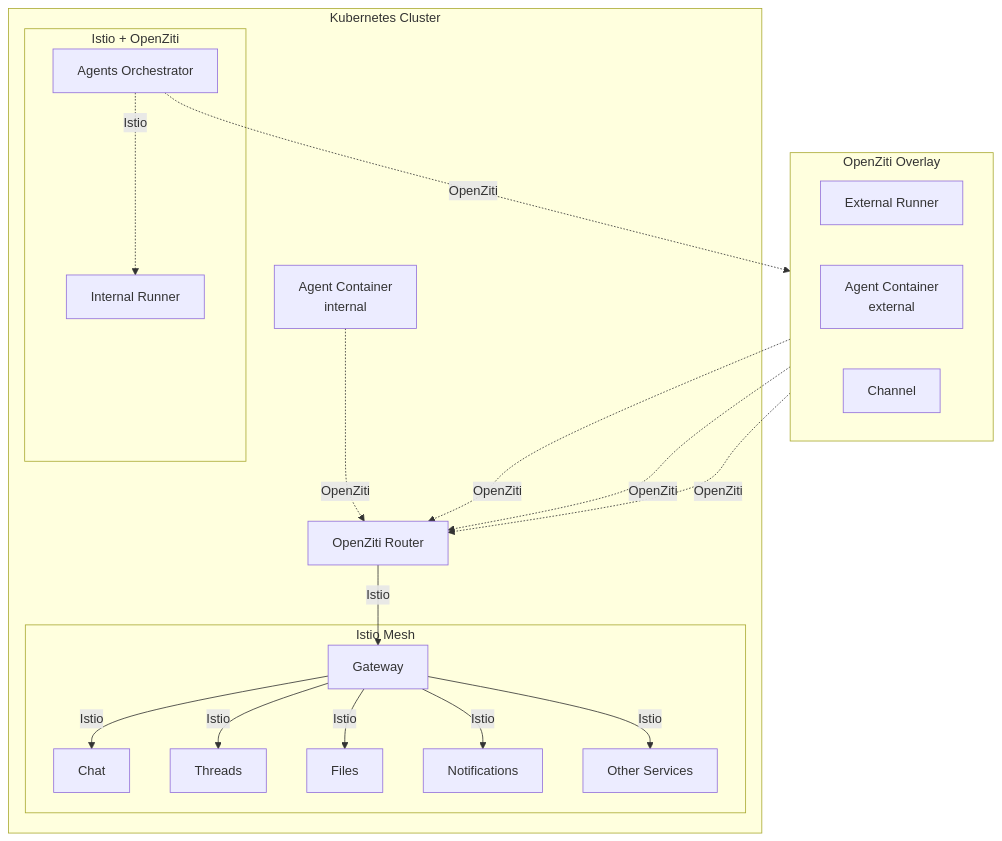
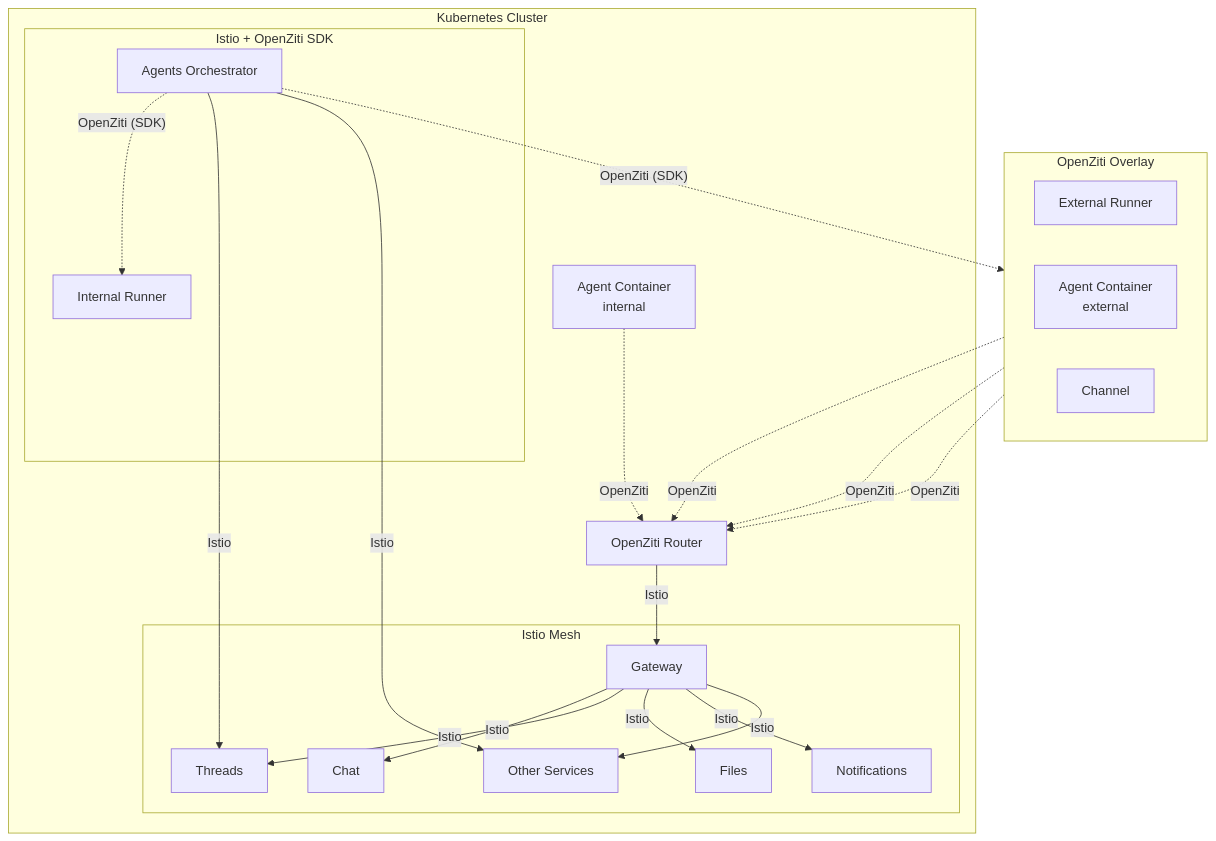
Before and after one commit to agynio/architecture: the third of 3 diagrams in architecture/authn.md, drawn with Mermaid. The commit also changed other lines of this file and 4 other files, not shown here.

First line of the commit message:
docs: resolve runner deployment and auth architecture

````diff
--- a/architecture/authn.md
+++ b/architecture/authn.md
@@ -115,38 +117,39 @@
 ```mermaid
 graph TB
     subgraph OpenZiti Overlay
         direction LR
         ExtRunner[External Runner]
         AgentExt[Agent Container<br/>external]
         Channel[Channel]
     end
 
     subgraph Kubernetes Cluster
         subgraph Istio Mesh
             GW[Gateway]
             Chat[Chat]
             Threads[Threads]
             Files[Files]
             Notif[Notifications]
             Other[Other Services]
         end
 
-        subgraph Istio + OpenZiti
+        subgraph "Istio + OpenZiti SDK"
             Orch[Agents Orchestrator]
             IntRunner[Internal Runner]
         end
 
         AgentInt[Agent Container<br/>internal]
         ZR[OpenZiti Router]
     end
 
     ExtRunner -.->|OpenZiti| ZR
     AgentExt -.->|OpenZiti| ZR
     Channel -.->|OpenZiti| ZR
     AgentInt -.->|OpenZiti| ZR
-    Orch -.->|OpenZiti| ExtRunner
-    Orch -.->|Istio| IntRunner
+    Orch -.->|"OpenZiti (SDK)"| IntRunner
+    Orch -.->|"OpenZiti (SDK)"| ExtRunner
 
     ZR -->|Istio| GW
     GW -->|Istio| Chat & Threads & Files & Notif & Other
+    Orch -->|Istio| Threads & Other
 ```
````
